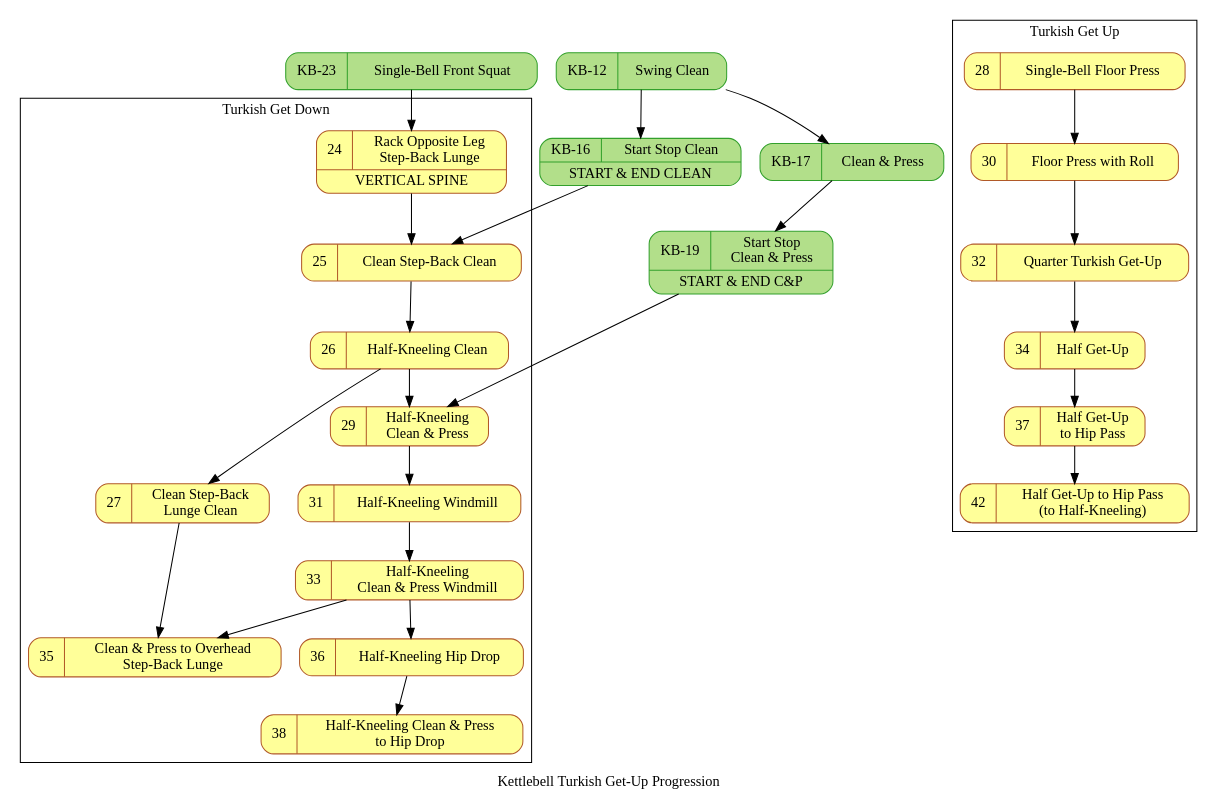
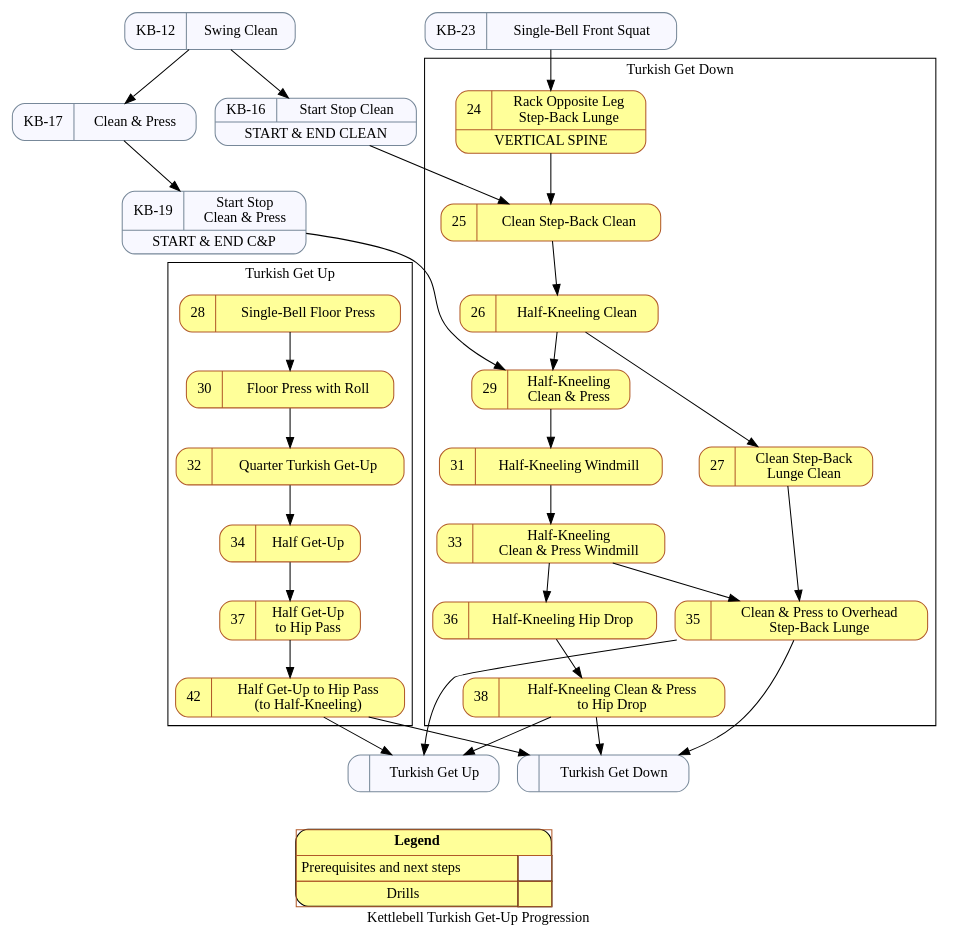
The diagram in kb_progression_2_tgu.gv (dznz/wildman-skill-trees), drawn with Graphviz before and after one commit. The commit also changed 5 other files, not shown here.

```diff
--- a/kb_progression_2_tgu.gv
+++ b/kb_progression_2_tgu.gv
@@ -1,76 +1,104 @@
 digraph kb_progression {
   // Kettlebell Turkish Get-Up Progression Diagram © 2023
   // by dznz using knowledge from Mark Wildman is licensed
   // under CC BY-NC-SA 4.0 
   // http://creativecommons.org/licenses/by-nc-sa/4.0/
   label="Kettlebell Turkish Get-Up Progression"
   node [colorscheme="paired12"]
   node [shape=record]
   node [style="rounded,filled"]
   node [color=12, fillcolor=11]
 
   subgraph pre {
-    node [color=4, fillcolor=3]
+    node [color=lightslategrey, fillcolor=ghostwhite]
     mov_racksquat
     mov_cap, mov_startstopcap
     mov_clean, mov_startstopclean
+
+    // Implied
+    mov_tgd [label="{{|Turkish Get Down}}"]
+    mov_tgu [label="{{|Turkish Get Up}}"]
   }
   
   // Precursor drills 
   mov_clean [label="KB-12|Swing Clean" URL="https://www.youtube.com/watch?v=_nIsSXWs5iU&list=PLk4oYPJ7TXKhX8YqA2AVrfgs_pEF6p7KA&index=12"]
   mov_startstopclean [label="{{KB-16|Start Stop Clean}|START & END CLEAN}" URL="https://www.youtube.com/watch?v=XbK3jxI0WNQ&list=PLk4oYPJ7TXKhX8YqA2AVrfgs_pEF6p7KA&index=16"]
   mov_cap [label="KB-17|Clean & Press" URL="https://www.youtube.com/watch?v=SSxB3m5qRas&list=PLk4oYPJ7TXKhX8YqA2AVrfgs_pEF6p7KA&index=17"]
   mov_startstopcap [label="{{KB-19|Start Stop\nClean & Press}|START & END C&P}" URL="https://www.youtube.com/watch?v=dSj3kqbuois&list=PLk4oYPJ7TXKhX8YqA2AVrfgs_pEF6p7KA&index=19"]
 
   mov_racksquat [label="{{KB-23|Single-Bell Front Squat}}" URL="https://www.youtube.com/watch?v=KTDVl0Lkdc4&list=PLk4oYPJ7TXKhX8YqA2AVrfgs_pEF6p7KA&index=23"]
 
   mov_racklunge [label="{{24|Rack Opposite Leg\nStep-Back Lunge}|VERTICAL SPINE}" URL="https://www.youtube.com/watch?v=KTDVl0Lkdc4&list=PLk4oYPJ7TXKhX8YqA2AVrfgs_pEF6p7KA&index=24"]
   mov_clean2sblunge [label="{{25|Clean Step-Back Clean}}" URL="https://www.youtube.com/watch?v=KTDVl0Lkdc4&list=PLk4oYPJ7TXKhX8YqA2AVrfgs_pEF6p7KA&index=25"]
   mov_halfkneelclean [label="{{26|Half-Kneeling Clean}}" URL="https://www.youtube.com/watch?v=KTDVl0Lkdc4&list=PLk4oYPJ7TXKhX8YqA2AVrfgs_pEF6p7KA&index=26"]
   mov_cleansblungeclean [label="{{27|Clean Step-Back\nLunge Clean}}" URL="https://www.youtube.com/watch?v=KTDVl0Lkdc4&list=PLk4oYPJ7TXKhX8YqA2AVrfgs_pEF6p7KA&index=27"]
   mov_floorpress [label="{{28|Single-Bell Floor Press}}" URL="https://www.youtube.com/watch?v=KTDVl0Lkdc4&list=PLk4oYPJ7TXKhX8YqA2AVrfgs_pEF6p7KA&index=28"]
   mov_halfkneelcap [label="{{29|Half-Kneeling\nClean & Press}}" URL="https://www.youtube.com/watch?v=KTDVl0Lkdc4&list=PLk4oYPJ7TXKhX8YqA2AVrfgs_pEF6p7KA&index=29"]
   mov_floorpressroll [label="{{30|Floor Press with Roll}}" URL="https://www.youtube.com/watch?v=KTDVl0Lkdc4&list=PLk4oYPJ7TXKhX8YqA2AVrfgs_pEF6p7KA&index=30"]
   mov_kneelwindmill [label="{{31|Half-Kneeling Windmill}}" URL="https://www.youtube.com/watch?v=KTDVl0Lkdc4&list=PLk4oYPJ7TXKhX8YqA2AVrfgs_pEF6p7KA&index=31"]
   mov_quartgu [label="{{32|Quarter Turkish Get-Up}}" URL="https://www.youtube.com/watch?v=KTDVl0Lkdc4&list=PLk4oYPJ7TXKhX8YqA2AVrfgs_pEF6p7KA&index=32"]
   mov_kneelcapwindmill [label="{{33|Half-Kneeling\nClean & Press Windmill}}" URL="https://www.youtube.com/watch?v=KTDVl0Lkdc4&list=PLk4oYPJ7TXKhX8YqA2AVrfgs_pEF6p7KA&index=34"]
   mov_halfgu [label="{{34|Half Get-Up}}" URL="https://www.youtube.com/watch?v=KTDVl0Lkdc4&list=PLk4oYPJ7TXKhX8YqA2AVrfgs_pEF6p7KA&index=35"]
   mov_cap2ohsblunge [label="{{35|Clean & Press to Overhead\nStep-Back Lunge}}" URL="https://www.youtube.com/watch?v=KTDVl0Lkdc4&list=PLk4oYPJ7TXKhX8YqA2AVrfgs_pEF6p7KA&index=37"]
   mov_kneelhipdrop [label="{{36|Half-Kneeling Hip Drop}}" URL="https://www.youtube.com/watch?v=KTDVl0Lkdc4&list=PLk4oYPJ7TXKhX8YqA2AVrfgs_pEF6p7KA&index=38"]
   mov_halfgu2hip [label="{{37|Half Get-Up\nto Hip Pass}}" URL="https://www.youtube.com/watch?v=KTDVl0Lkdc4&list=PLk4oYPJ7TXKhX8YqA2AVrfgs_pEF6p7KA&index=39"]
   mov_kneelcap2hip [label="{{38|Half-Kneeling Clean & Press\nto Hip Drop}}" URL="https://www.youtube.com/watch?v=KTDVl0Lkdc4&list=PLk4oYPJ7TXKhX8YqA2AVrfgs_pEF6p7KA&index=40"]
   // 42 fits better with this diagram
   mov_halfgu2kneel [label="{{42|Half Get-Up to Hip Pass\n(to Half-Kneeling)}}" URL="https://www.youtube.com/watch?v=KTDVl0Lkdc4&list=PLk4oYPJ7TXKhX8YqA2AVrfgs_pEF6p7KA&index=45"]
 
 
   // Precursor dependencies
   mov_clean -> mov_startstopclean;
   mov_clean -> mov_cap;
   mov_cap -> mov_startstopcap;
   mov_racksquat -> mov_racklunge;
   mov_startstopcap -> mov_halfkneelcap;
   mov_startstopclean -> mov_clean2sblunge;
 
   subgraph cluster_tgd {
     label="Turkish Get Down"
     mov_racklunge -> mov_clean2sblunge;
     mov_clean2sblunge -> mov_halfkneelclean;
     mov_halfkneelclean -> mov_cleansblungeclean;
     mov_halfkneelclean -> mov_halfkneelcap;
     mov_halfkneelcap -> mov_kneelwindmill;
     mov_kneelwindmill -> mov_kneelcapwindmill;
     mov_kneelcapwindmill -> mov_cap2ohsblunge;
     mov_cleansblungeclean -> mov_cap2ohsblunge;
     mov_kneelcapwindmill -> mov_kneelhipdrop;
     mov_kneelhipdrop -> mov_kneelcap2hip;
   }
 
+  mov_cap2ohsblunge -> mov_tgd;
+  mov_cap2ohsblunge -> mov_tgu;
+  mov_kneelcap2hip -> mov_tgd;
+  mov_kneelcap2hip -> mov_tgu;
+  mov_halfgu2kneel -> mov_tgd;
+  mov_halfgu2kneel -> mov_tgu;
+
   subgraph cluster_tgu {
     label="Turkish Get Up"
     mov_floorpress -> mov_floorpressroll;
     mov_floorpressroll -> mov_quartgu;
     mov_quartgu -> mov_halfgu;
     mov_halfgu -> mov_halfgu2hip;
     mov_halfgu2hip -> mov_halfgu2kneel;
   }
+  { rank = sink;
+    Legend [shape=none, margin=0, label=<
+    <TABLE BORDER="0" CELLBORDER="1" CELLSPACING="0" CELLPADDING="4">
+     <TR>
+      <TD COLSPAN="2"><B>Legend</B></TD>
+     </TR>
+     <TR>
+      <TD>Prerequisites and next steps</TD>
+      <TD BGCOLOR="ghostwhite">&nbsp;&nbsp;&nbsp;&nbsp;&nbsp;</TD>
+     </TR>
+     <TR>
+      <TD>Drills</TD>
+      <TD BGCOLOR="11"></TD>
+     </TR>
+    </TABLE>
+   >];
+  }
 }
```
